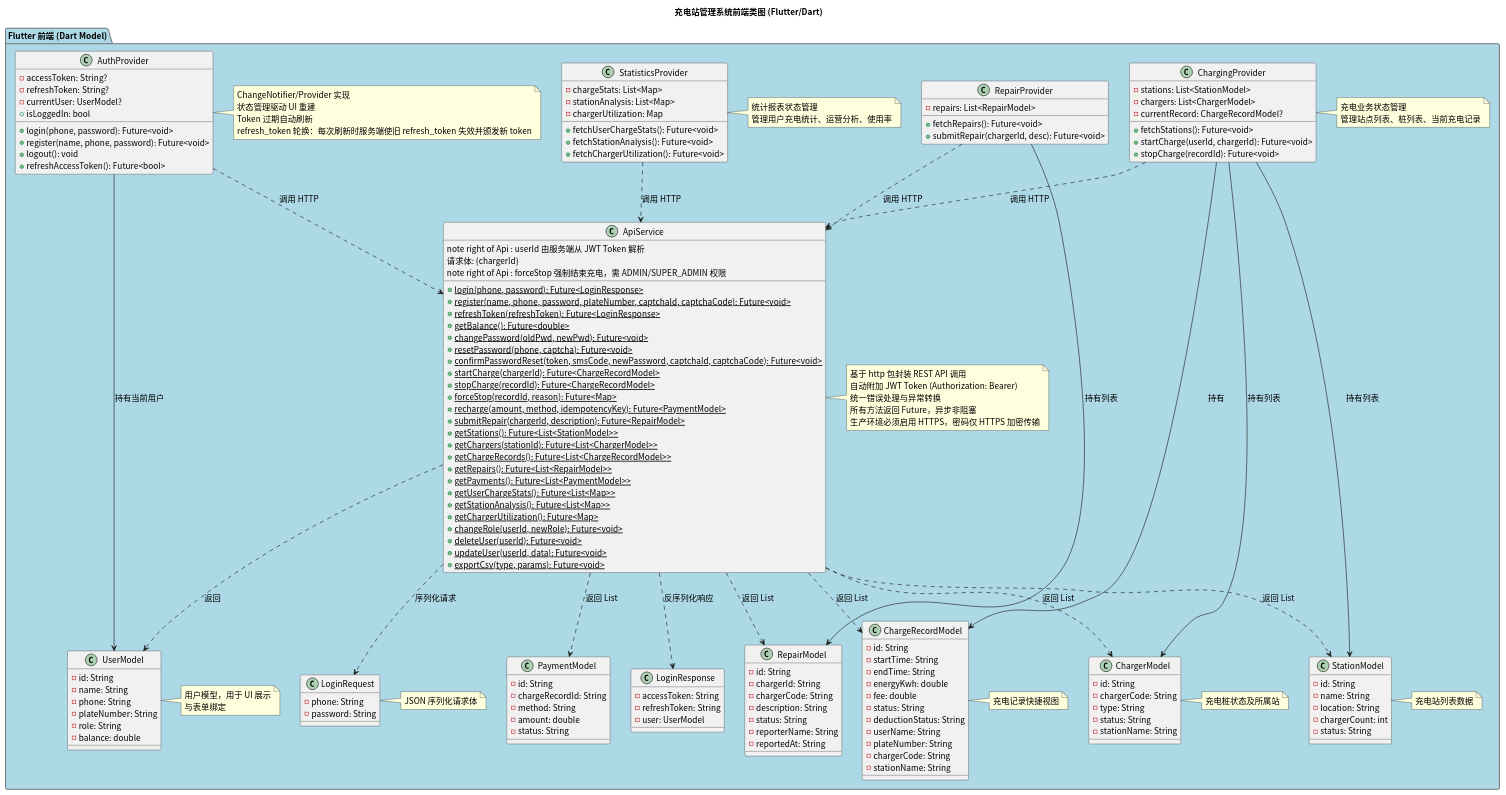
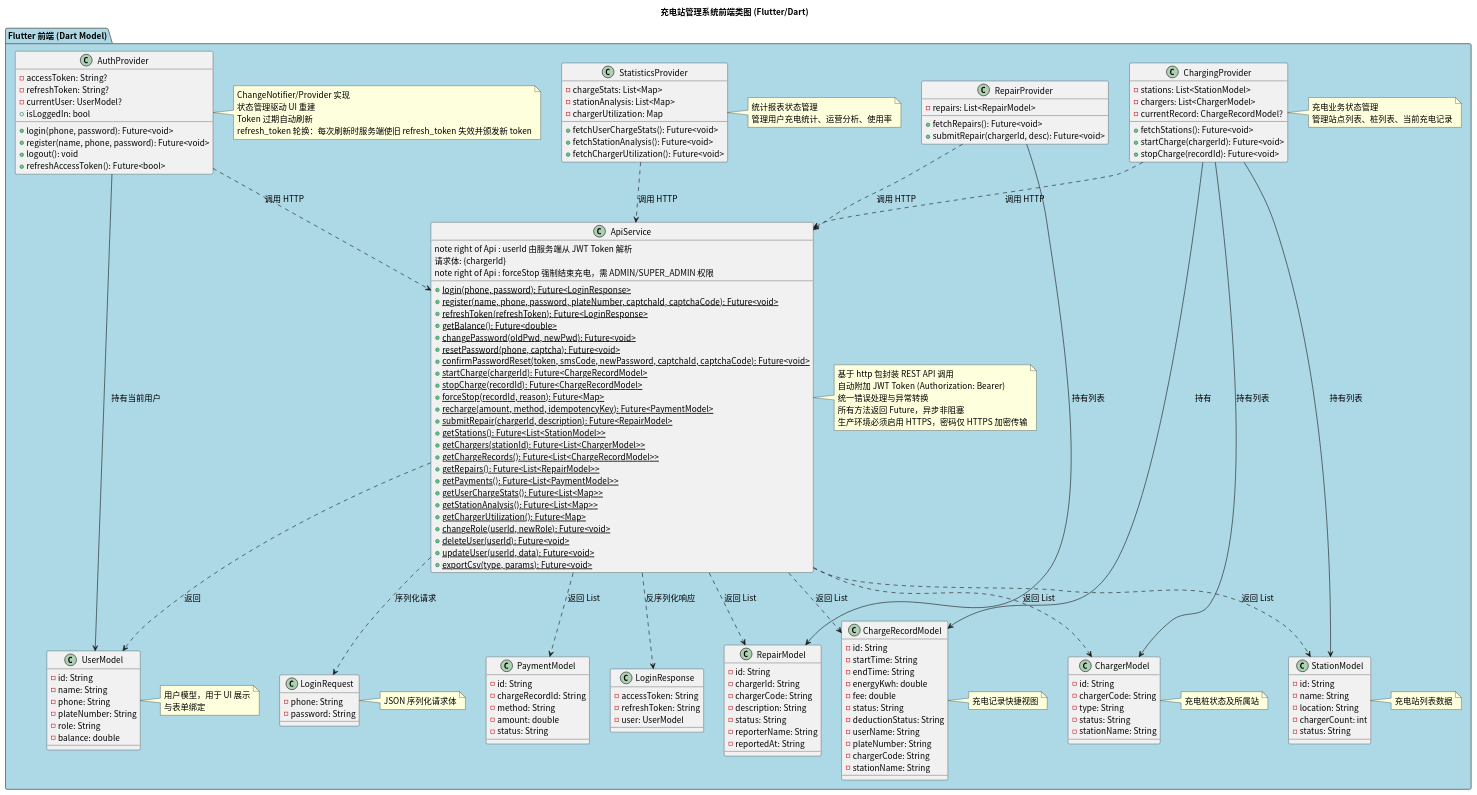
One commit to greenhandzdl/charging-station-doc changed the diagram in class/src/frontend_class_diagram.puml. Above: the diagram before and after it, drawn with PlantUML. The commit also changed 11 other files, not shown here.

First line of the commit message:
fix: 第20轮评估修复 — 跨图一致性全面补全（2 MAJOR + 1 MINOR + 2 INFO）

```diff
--- a/class/src/frontend_class_diagram.puml
+++ b/class/src/frontend_class_diagram.puml
@@ -1,174 +1,174 @@
 @startuml
 skinparam defaultFontName "Noto Sans CJK SC"
 skinparam defaultFontSize 14
 title 充电站管理系统前端类图 (Flutter/Dart)
 skinparam package {
   BackgroundColor #F0F0F0
   BorderColor #666666
 }
 
 package "Flutter 前端 (Dart Model)" as FE #ADD8E6 {
 
   class "UserModel" as FUser {
     - id: String
     - name: String
     - phone: String
     - plateNumber: String
     - role: String
     - balance: double
   }
   note right of FUser : 用户模型，用于 UI 展示\n与表单绑定
 
   class "StationModel" as FStation {
     - id: String
     - name: String
     - location: String
     - chargerCount: int
     - status: String
   }
   note right of FStation : 充电站列表数据
 
   class "ChargerModel" as FCharger {
     - id: String
     - chargerCode: String
     - type: String
     - status: String
     - stationName: String
   }
   note right of FCharger : 充电桩状态及所属站
 
   class "ChargeRecordModel" as FCRecord {
     - id: String
     - startTime: String
     - endTime: String
     - energyKwh: double
     - fee: double
     - status: String
     - deductionStatus: String
     - userName: String
     - plateNumber: String
     - chargerCode: String
     - stationName: String
   }
   note right of FCRecord : 充电记录快捷视图
 
   class "PaymentModel" as FPayment {
     - id: String
     - chargeRecordId: String
     - method: String
     - amount: double
     - status: String
   }
 
   class "RepairModel" as FRepair {
     - id: String
     - chargerId: String
     - chargerCode: String
     - description: String
     - status: String
     - reporterName: String
     - reportedAt: String
   }
 
   class "LoginRequest" as LoginReq {
     - phone: String
     - password: String
   }
   note right of LoginReq : JSON 序列化请求体
 
   class "LoginResponse" as LoginResp {
     - accessToken: String
     - refreshToken: String
     - user: UserModel
   }
 
   class "ApiService" as Api {
     + {static} login(phone, password): Future<LoginResponse>
     + {static} register(name, phone, password, plateNumber, captchaId, captchaCode): Future<void>
     + {static} refreshToken(refreshToken): Future<LoginResponse>
     + {static} getBalance(): Future<double>
     + {static} changePassword(oldPwd, newPwd): Future<void>
     + {static} resetPassword(phone, captcha): Future<void>
     + {static} confirmPasswordReset(token, smsCode, newPassword, captchaId, captchaCode): Future<void>
     + {static} startCharge(chargerId): Future<ChargeRecordModel>
     note right of Api : userId 由服务端从 JWT Token 解析\n请求体: {chargerId}
     + {static} stopCharge(recordId): Future<ChargeRecordModel>
     + {static} forceStop(recordId, reason): Future<Map>
     note right of Api : forceStop 强制结束充电，需 ADMIN/SUPER_ADMIN 权限
     + {static} recharge(amount, method, idempotencyKey): Future<PaymentModel>
     + {static} submitRepair(chargerId, description): Future<RepairModel>
     + {static} getStations(): Future<List<StationModel>>
     + {static} getChargers(stationId): Future<List<ChargerModel>>
     + {static} getChargeRecords(): Future<List<ChargeRecordModel>>
     + {static} getRepairs(): Future<List<RepairModel>>
     + {static} getPayments(): Future<List<PaymentModel>>
     + {static} getUserChargeStats(): Future<List<Map>>
     + {static} getStationAnalysis(): Future<List<Map>>
     + {static} getChargerUtilization(): Future<Map>
     + {static} changeRole(userId, newRole): Future<void>
     + {static} deleteUser(userId): Future<void>
     + {static} updateUser(userId, data): Future<void>
     + {static} exportCsv(type, params): Future<void>
   }
   note right of Api : 基于 http 包封装 REST API 调用\n自动附加 JWT Token (Authorization: Bearer)\n统一错误处理与异常转换\n所有方法返回 Future，异步非阻塞\n生产环境必须启用 HTTPS，密码仅 HTTPS 加密传输
 
   class "AuthProvider" as Auth {
     - accessToken: String?
     - refreshToken: String?
     - currentUser: UserModel?
     + login(phone, password): Future<void>
     + register(name, phone, password): Future<void>
     + logout(): void
     + refreshAccessToken(): Future<bool>
     + isLoggedIn: bool
   }
   note right of Auth : ChangeNotifier/Provider 实现\n状态管理驱动 UI 重建\nToken 过期自动刷新\nrefresh_token 轮换：每次刷新时服务端使旧 refresh_token 失效并颁发新 token
 
   class "ChargingProvider" as CP {
     - stations: List<StationModel>
     - chargers: List<ChargerModel>
     - currentRecord: ChargeRecordModel?
     + fetchStations(): Future<void>
-    + startCharge(userId, chargerId): Future<void>
+    + startCharge(chargerId): Future<void>
     + stopCharge(recordId): Future<void>
   }
   note right of CP : 充电业务状态管理\n管理站点列表、桩列表、当前充电记录
 
   class "RepairProvider" as RP {
     - repairs: List<RepairModel>
     + fetchRepairs(): Future<void>
     + submitRepair(chargerId, desc): Future<void>
   }
 
   class "StatisticsProvider" as StatsP {
     - chargeStats: List<Map>
     - stationAnalysis: List<Map>
     - chargerUtilization: Map
     + fetchUserChargeStats(): Future<void>
     + fetchStationAnalysis(): Future<void>
     + fetchChargerUtilization(): Future<void>
   }
   note right of StatsP : 统计报表状态管理\n管理用户充电统计、运营分析、使用率
 }
 
 ' ===== 关联关系 =====
 Api ..> LoginReq : 序列化请求
 Api ..> LoginResp : 反序列化响应
 Api ..> FStation : 返回 List
 Api ..> FCharger : 返回 List
 Api ..> FUser : 返回
 Api ..> FCRecord : 返回 List
 Api ..> FPayment : 返回 List
 Api ..> FRepair : 返回 List
 
 Auth --> FUser : 持有当前用户
 Auth ..> Api : 调用 HTTP
 CP ..> Api : 调用 HTTP
 CP --> FStation : 持有列表
 CP --> FCharger : 持有列表
 CP --> FCRecord : 持有
 RP ..> Api : 调用 HTTP
 RP --> FRepair : 持有列表
 StatsP ..> Api : 调用 HTTP
 
 @enduml
```
